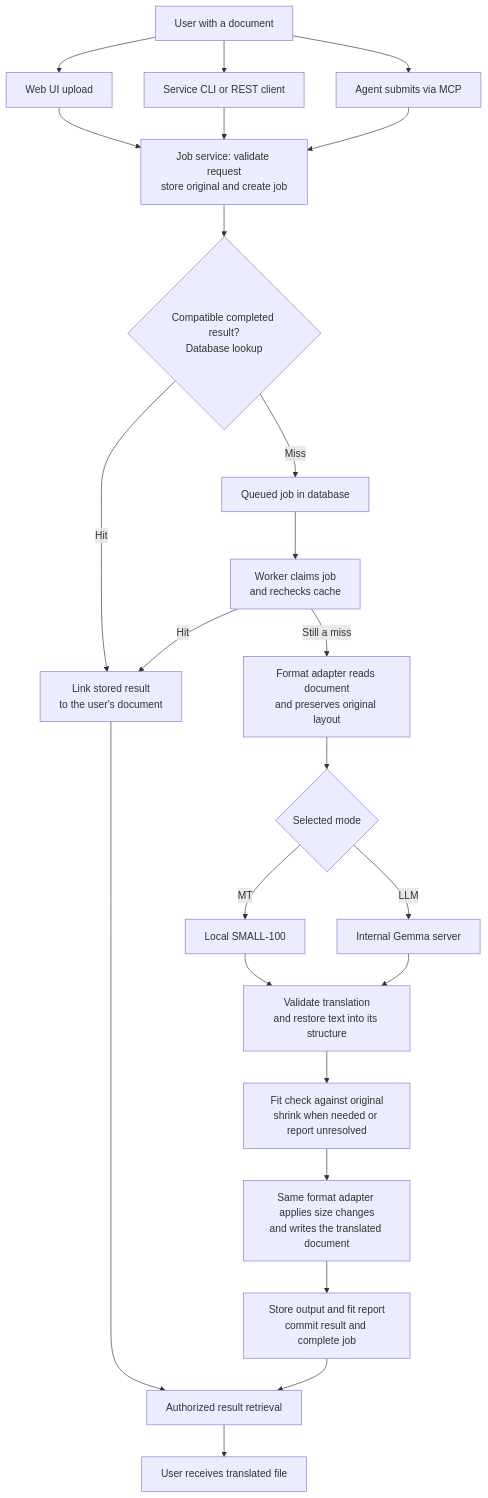
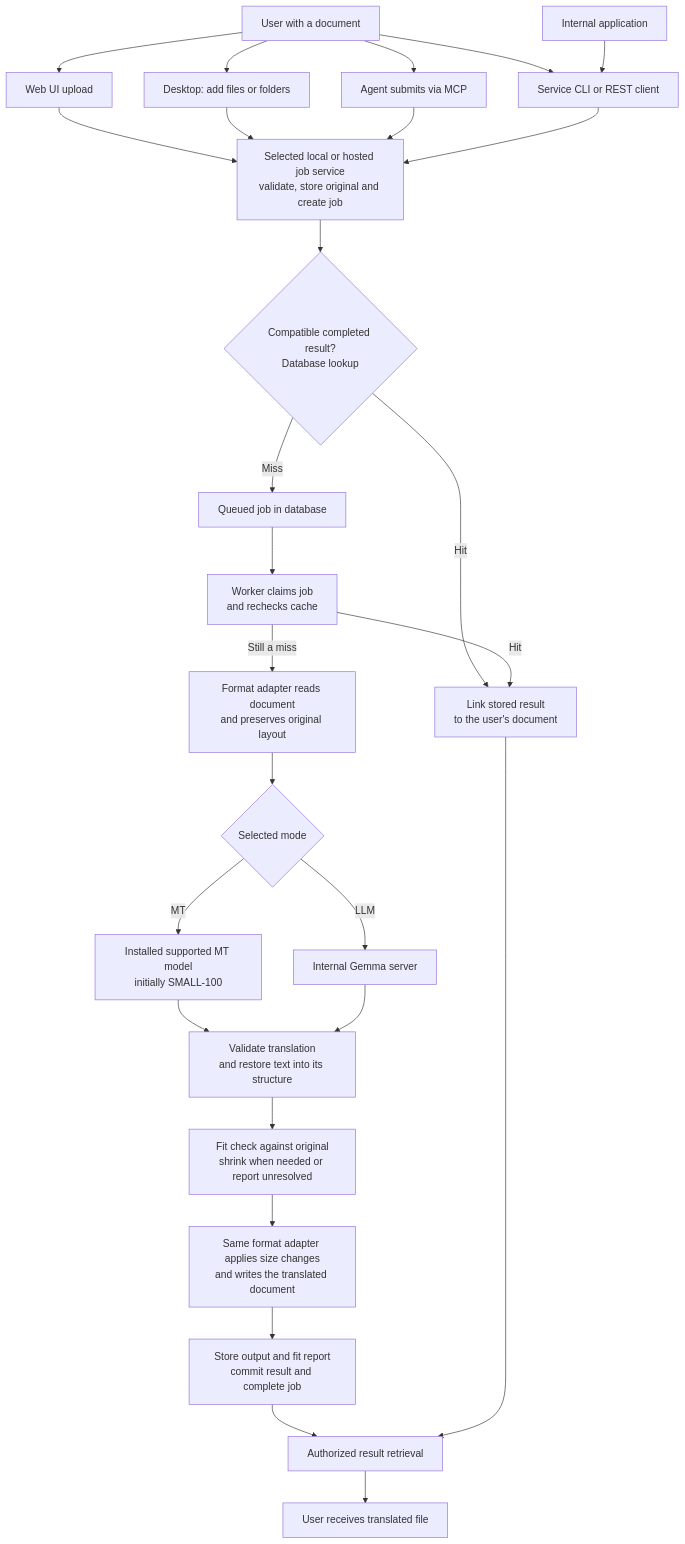
The first of 18 diagrams in docs/Architecture.md (mlei06/document-translator), drawn with Mermaid before and after one commit. The commit also changed other lines of this file and 26 other files, not shown here.

````diff
--- a/docs/Architecture.md
+++ b/docs/Architecture.md
@@ -46,26 +47,29 @@
 ```mermaid
 flowchart TD
     U["User with a document"] --> UI["Web UI upload"]
     U --> CLI["Service CLI or REST client"]
+    U --> DESKTOP["Desktop: add files or folders"]
+    INTERNAL["Internal application"] --> CLI
     U --> MCP["Agent submits via MCP"]
-    UI --> JOB["Job service: validate request<br/>store original and create job"]
+    UI --> JOB["Selected local or hosted job service<br/>validate, store original and create job"]
+    DESKTOP --> JOB
     MCP --> JOB
     CLI --> JOB
     JOB --> CACHE{"Compatible completed result?<br/>Database lookup"}
     CACHE -->|Hit| REUSE["Link stored result<br/>to the user's document"]
     CACHE -->|Miss| QUEUE["Queued job in database"]
     QUEUE --> WORKER["Worker claims job<br/>and rechecks cache"]
     WORKER -->|Hit| REUSE
     WORKER -->|Still a miss| READ["Format adapter reads document<br/>and preserves original layout"]
     READ --> MODE{"Selected mode"}
-    MODE -->|MT| MT["Local SMALL-100"]
+    MODE -->|MT| MT["Installed supported MT model<br/>initially SMALL-100"]
     MODE -->|LLM| LLM["Internal Gemma server"]
     MT --> APPLY["Validate translation<br/>and restore text into its structure"]
     LLM --> APPLY
     APPLY --> FIT["Fit check against original<br/>shrink when needed or report unresolved"]
     FIT --> WRITE["Same format adapter applies size changes<br/>and writes the translated document"]
     WRITE --> STORE["Store output and fit report<br/>commit result and complete job"]
     STORE --> DOWNLOAD["Authorized result retrieval"]
     REUSE --> DOWNLOAD
     DOWNLOAD --> RESULT["User receives translated file"]
 ```
````
